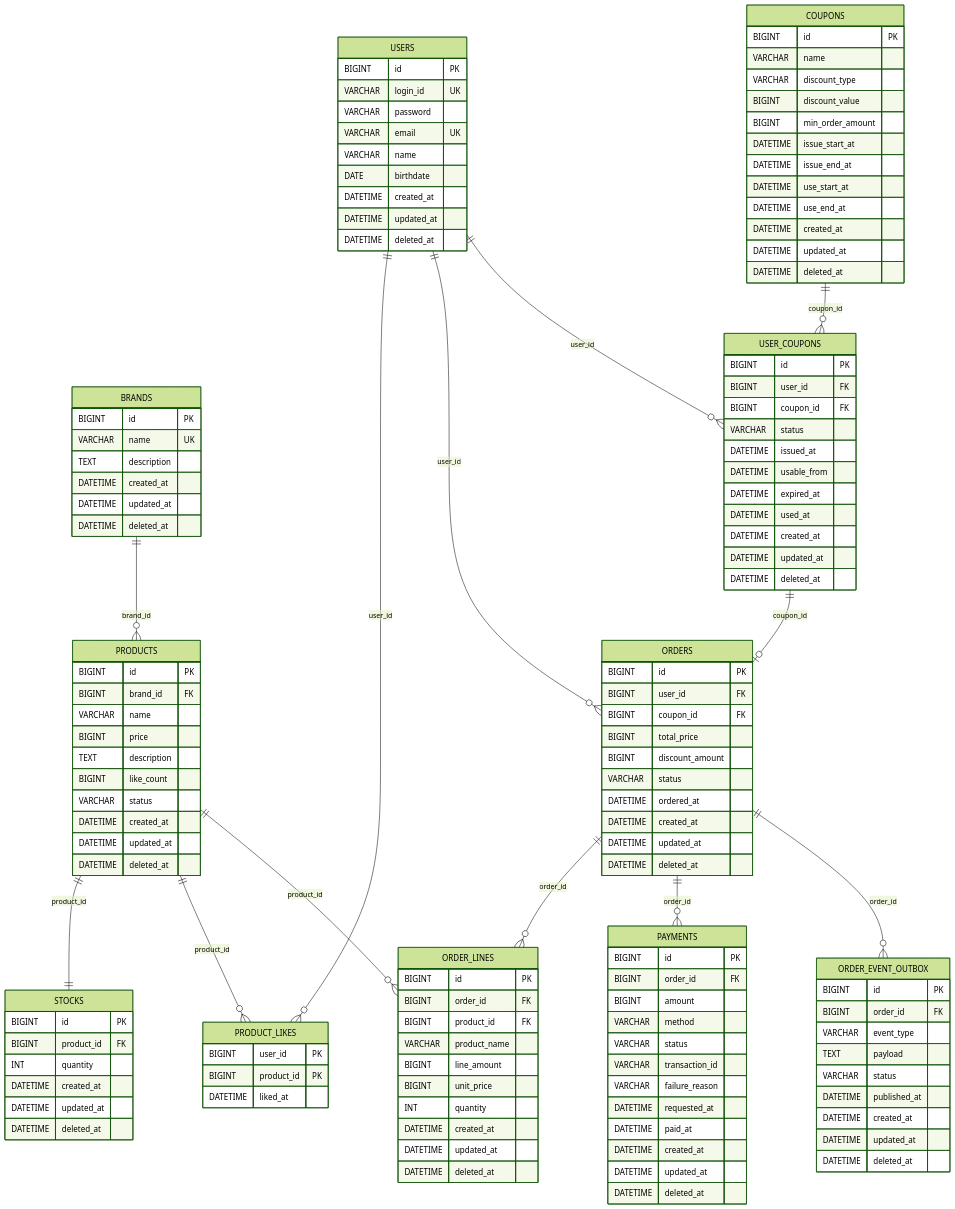
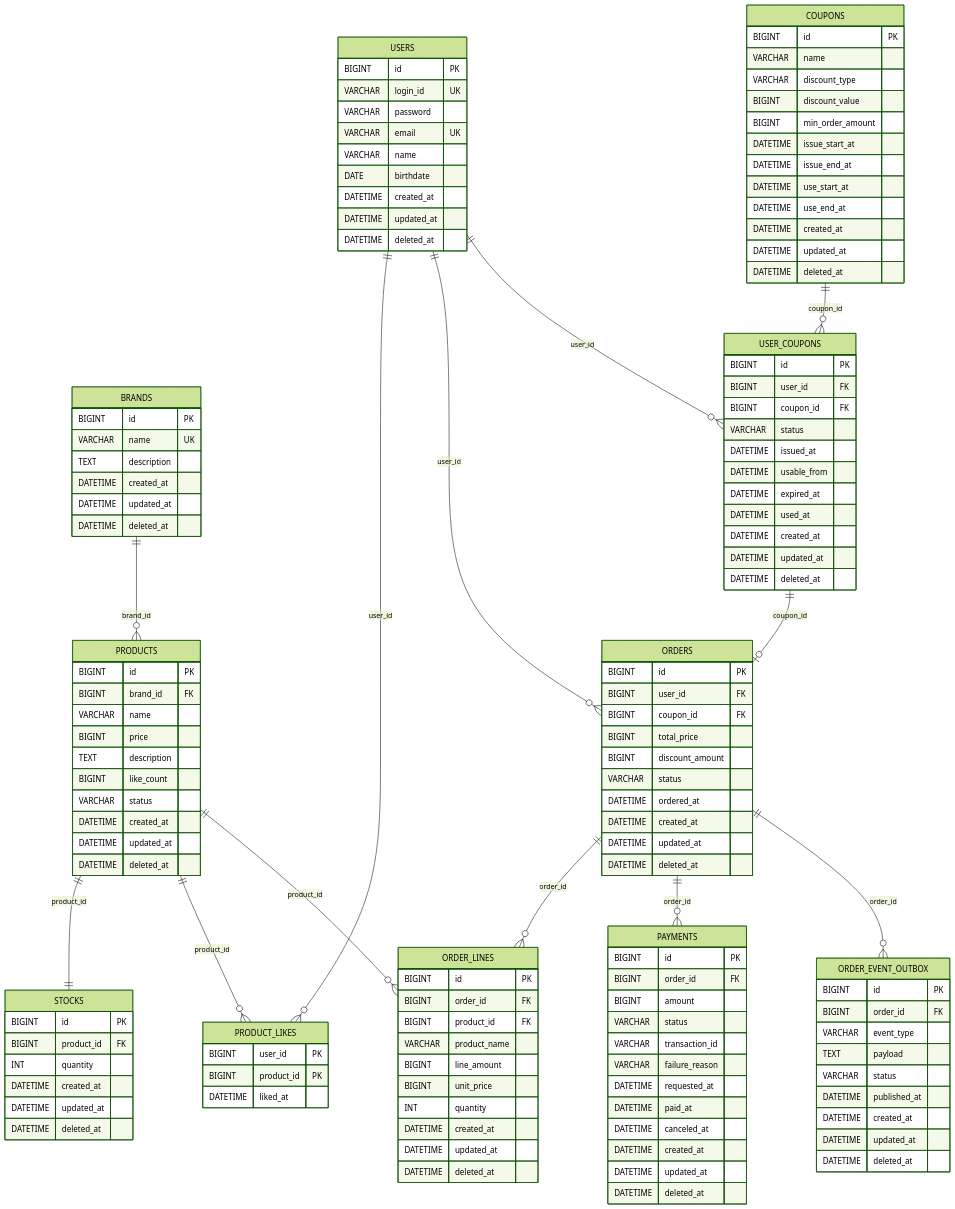
The diagram in docs/design/04-erd.md (god3v/loop-pack-be-l2-vol4-kotlin), drawn with Mermaid (forest theme) before and after one commit. The commit also changed other lines of this file and 30 other files, not shown here.

```diff
--- a/docs/design/04-erd.md
+++ b/docs/design/04-erd.md
@@ -102,12 +102,12 @@
         BIGINT id PK
         BIGINT order_id FK
         BIGINT amount
-        VARCHAR method
         VARCHAR status
         VARCHAR transaction_id
         VARCHAR failure_reason
         DATETIME requested_at
         DATETIME paid_at
+        DATETIME canceled_at
         DATETIME created_at
         DATETIME updated_at
         DATETIME deleted_at
```
